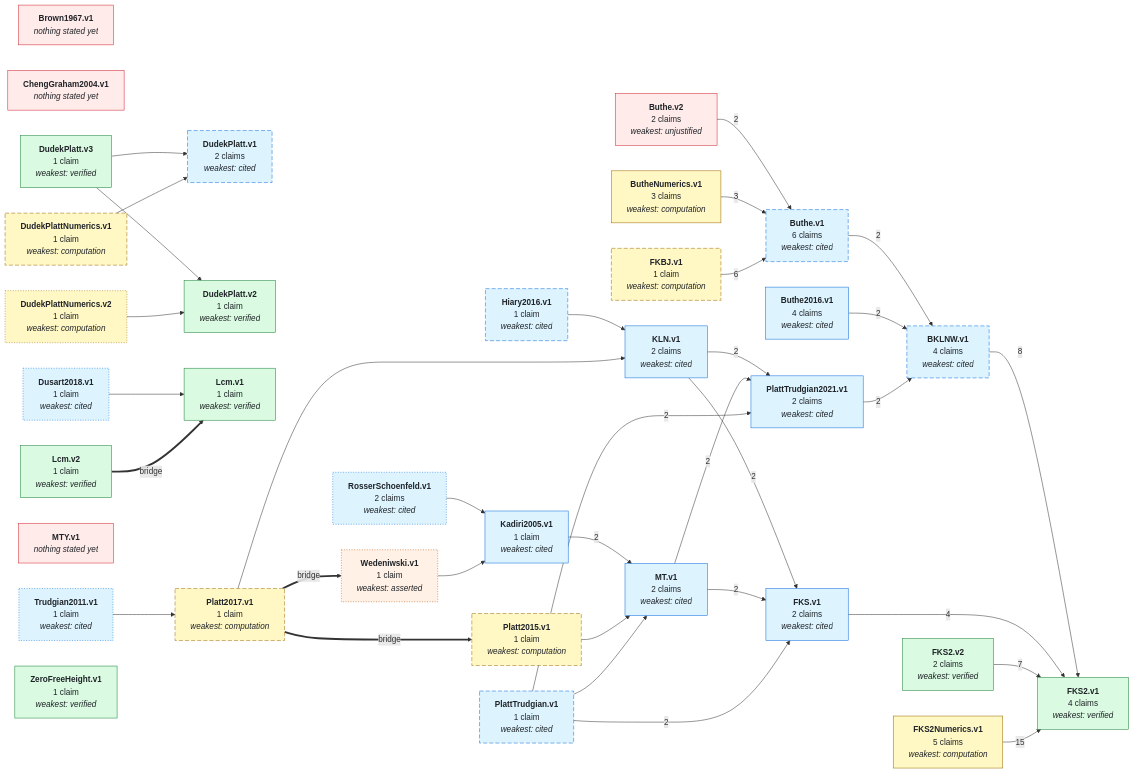
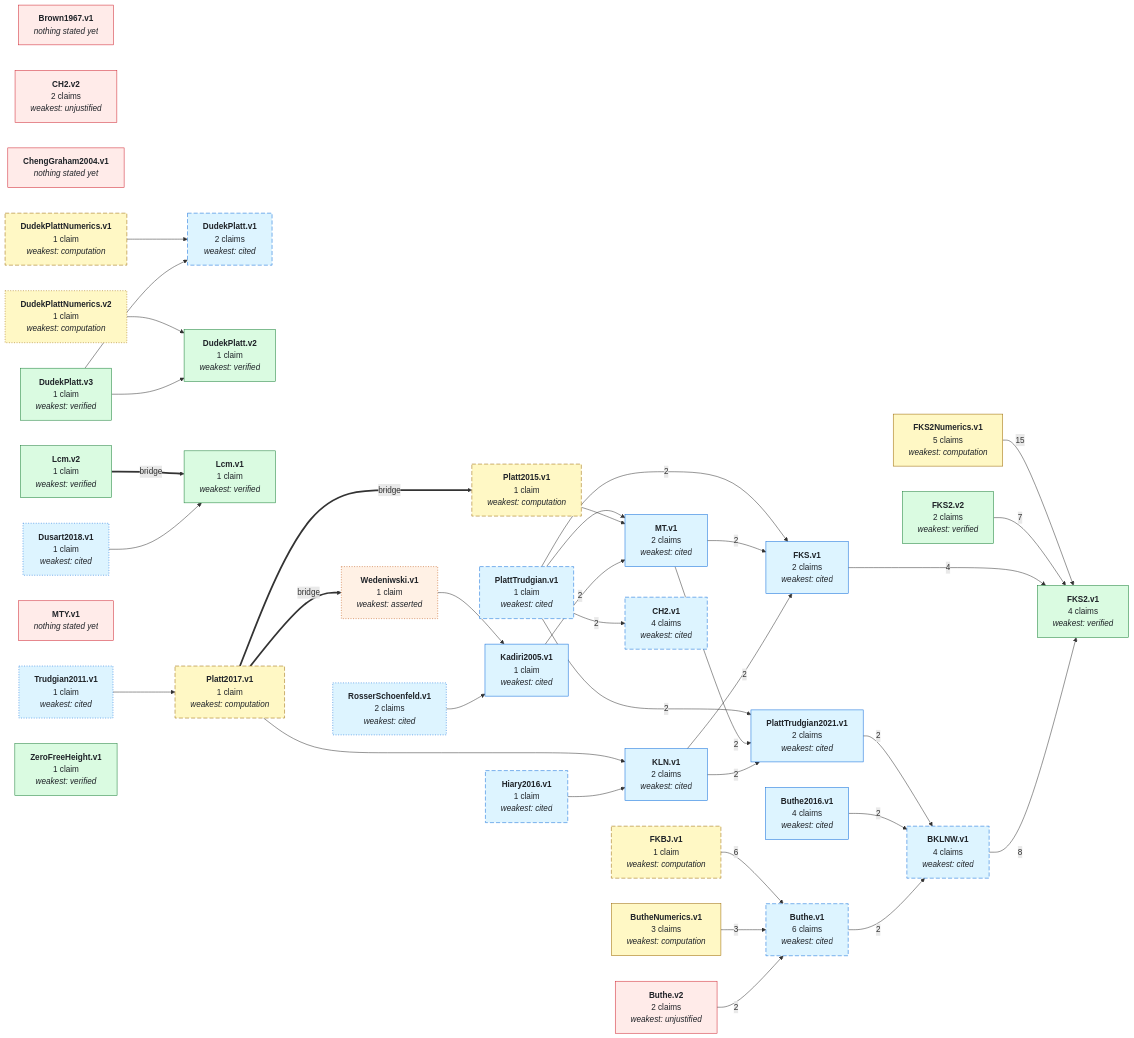
The first of 2 diagrams in GRAPH.md (teorth/IEANTN), drawn with Mermaid before and after one commit. The commit also changed other lines of this file and 13 other files, not shown here.

```diff
--- a/GRAPH.md
+++ b/GRAPH.md
@@ -58,6 +58,8 @@
   NButhe_v2["<b>Buthe.v2</b><br/>2 claims<br/><i>weakest: unjustified</i>"]
   NButhe2016_v1["<b>Buthe2016.v1</b><br/>4 claims<br/><i>weakest: cited</i>"]
   NButheNumerics_v1["<b>ButheNumerics.v1</b><br/>3 claims<br/><i>weakest: computation</i>"]
+  NCH2_v1["<b>CH2.v1</b><br/>4 claims<br/><i>weakest: cited</i>"]
+  NCH2_v2["<b>CH2.v2</b><br/>2 claims<br/><i>weakest: unjustified</i>"]
   NChengGraham2004_v1["<b>ChengGraham2004.v1</b><br/><i>nothing stated yet</i>"]
   NDudekPlatt_v1["<b>DudekPlatt.v1</b><br/>2 claims<br/><i>weakest: cited</i>"]
   NDudekPlatt_v2["<b>DudekPlatt.v2</b><br/>1 claim<br/><i>weakest: verified</i>"]
@@ -107,6 +109,7 @@
   NMT_v1 -->|2| NPlattTrudgian2021_v1
   NPlatt2015_v1 --> NMT_v1
   NPlatt2017_v1 --> NKLN_v1
+  NPlattTrudgian_v1 -->|2| NCH2_v1
   NPlattTrudgian_v1 -->|2| NFKS_v1
   NPlattTrudgian_v1 --> NMT_v1
   NPlattTrudgian_v1 -->|2| NPlattTrudgian2021_v1
@@ -119,6 +122,7 @@
   NPlatt2017_v1 ==>|bridge| NWedeniwski_v1
   style NBKLNW_v1 stroke-dasharray: 8 4;
   style NButhe_v1 stroke-dasharray: 8 4;
+  style NCH2_v1 stroke-dasharray: 8 4;
   style NDudekPlatt_v1 stroke-dasharray: 8 4;
   style NDudekPlattNumerics_v1 stroke-dasharray: 8 4;
   style NDudekPlattNumerics_v2 stroke-dasharray: 2 3;
@@ -131,9 +135,9 @@
   style NRosserSchoenfeld_v1 stroke-dasharray: 2 3;
   style NTrudgian2011_v1 stroke-dasharray: 2 3;
   style NWedeniwski_v1 stroke-dasharray: 2 3;
-  class NBrown1967_v1,NButhe_v2,NChengGraham2004_v1,NMTY_v1 none_yet;
+  class NBrown1967_v1,NButhe_v2,NCH2_v2,NChengGraham2004_v1,NMTY_v1 none_yet;
   class NWedeniwski_v1 asserted;
-  class NBKLNW_v1,NButhe_v1,NButhe2016_v1,NDudekPlatt_v1,NDusart2018_v1,NFKS_v1,NHiary2016_v1,NKLN_v1,NKadiri2005_v1,NMT_v1,NPlattTrudgian_v1,NPlattTrudgian2021_v1,NRosserSchoenfeld_v1,NTrudgian2011_v1 literature;
+  class NBKLNW_v1,NButhe_v1,NButhe2016_v1,NCH2_v1,NDudekPlatt_v1,NDusart2018_v1,NFKS_v1,NHiary2016_v1,NKLN_v1,NKadiri2005_v1,NMT_v1,NPlattTrudgian_v1,NPlattTrudgian2021_v1,NRosserSchoenfeld_v1,NTrudgian2011_v1 literature;
   class NButheNumerics_v1,NDudekPlattNumerics_v1,NDudekPlattNumerics_v2,NFKBJ_v1,NFKS2Numerics_v1,NPlatt2015_v1,NPlatt2017_v1 numerical;
   class NDudekPlatt_v2,NDudekPlatt_v3,NFKS2_v1,NFKS2_v2,NLcm_v1,NLcm_v2,NZeroFreeHeight_v1 lean_comparator;
   click NBKLNW_v1 href "https://github.com/teorth/IEANTN/blob/main/docs/nodes/BKLNW-v1.md" _blank
@@ -141,6 +145,8 @@
   click NButhe_v2 href "https://github.com/teorth/IEANTN/blob/main/docs/nodes/Buthe-v2.md" _blank
   click NButhe2016_v1 href "https://github.com/teorth/IEANTN/blob/main/docs/nodes/Buthe2016-v1.md" _blank
   click NButheNumerics_v1 href "https://github.com/teorth/IEANTN/blob/main/docs/nodes/ButheNumerics-v1.md" _blank
+  click NCH2_v1 href "https://github.com/teorth/IEANTN/blob/main/docs/nodes/CH2-v1.md" _blank
+  click NCH2_v2 href "https://github.com/teorth/IEANTN/blob/main/docs/nodes/CH2-v2.md" _blank
   click NDudekPlatt_v1 href "https://github.com/teorth/IEANTN/blob/main/docs/nodes/DudekPlatt-v1.md" _blank
   click NDudekPlatt_v2 href "https://github.com/teorth/IEANTN/blob/main/docs/nodes/DudekPlatt-v2.md" _blank
   click NDudekPlatt_v3 href "https://github.com/teorth/IEANTN/blob/main/docs/nodes/DudekPlatt-v3.md" _blank
```
